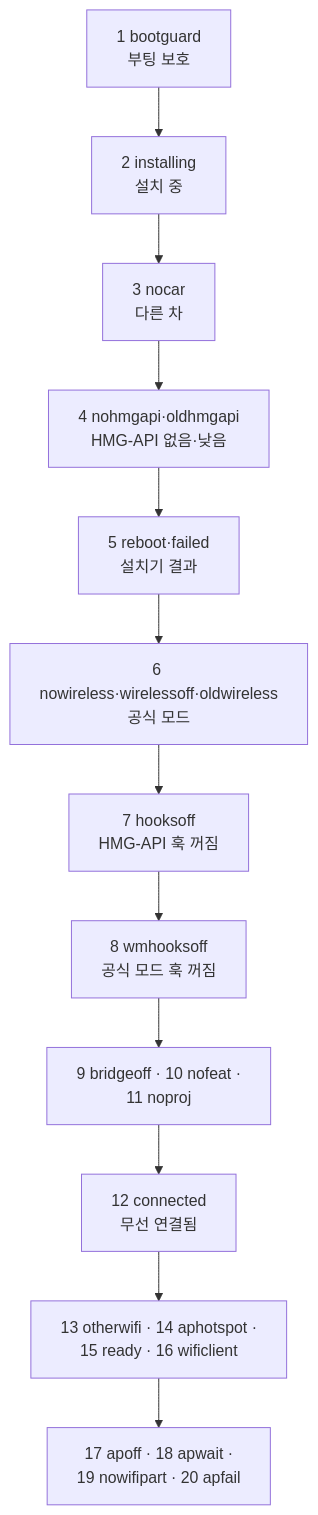
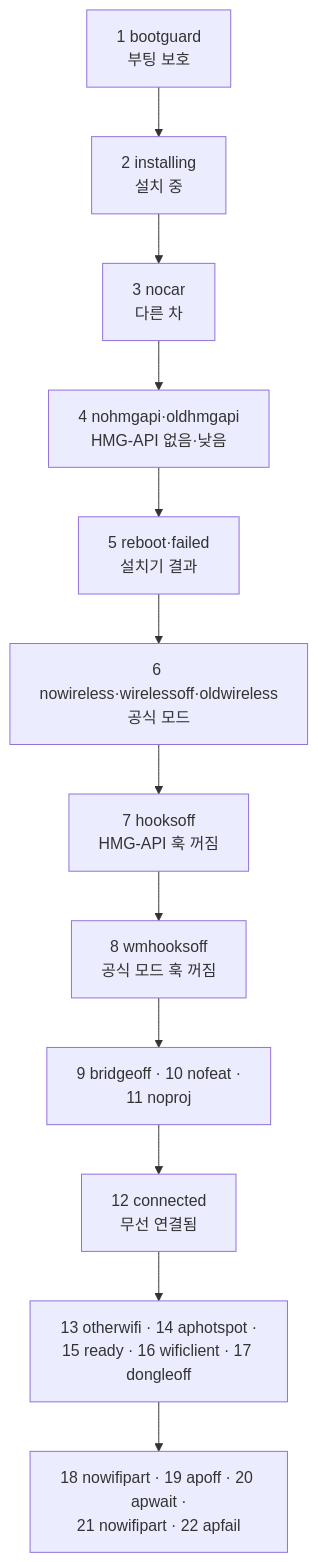
One commit to jay-park-lab/hmgapi-nx4-kor changed the sixth of 7 diagrams in docs/flow.md. Above: the diagram before and after it, drawn with Mermaid. The commit also changed other lines of this file and 7 other files, not shown here.

````diff
--- a/docs/flow.md
+++ b/docs/flow.md
@@ -196,14 +203,14 @@
 ```mermaid
 flowchart TD
   A["1 bootguard<br/>부팅 보호"] --> B["2 installing<br/>설치 중"]
   B --> C["3 nocar<br/>다른 차"]
   C --> D["4 nohmgapi·oldhmgapi<br/>HMG-API 없음·낮음"]
   D --> E["5 reboot·failed<br/>설치기 결과"]
   E --> F["6 nowireless·wirelessoff·oldwireless<br/>공식 모드"]
   F --> G["7 hooksoff<br/>HMG-API 훅 꺼짐"]
   G --> H["8 wmhooksoff<br/>공식 모드 훅 꺼짐"]
   H --> I["9 bridgeoff · 10 nofeat ·<br/>11 noproj"]
   I --> J["12 connected<br/>무선 연결됨"]
-  J --> K["13 otherwifi · 14 aphotspot ·<br/>15 ready · 16 wificlient"]
-  K --> L["17 apoff · 18 apwait ·<br/>19 nowifipart · 20 apfail"]
+  J --> K["13 otherwifi · 14 aphotspot ·<br/>15 ready · 16 wificlient · 17 dongleoff"]
+  K --> L["18 nowifipart · 19 apoff · 20 apwait ·<br/>21 nowifipart · 22 apfail"]
 ```
````
